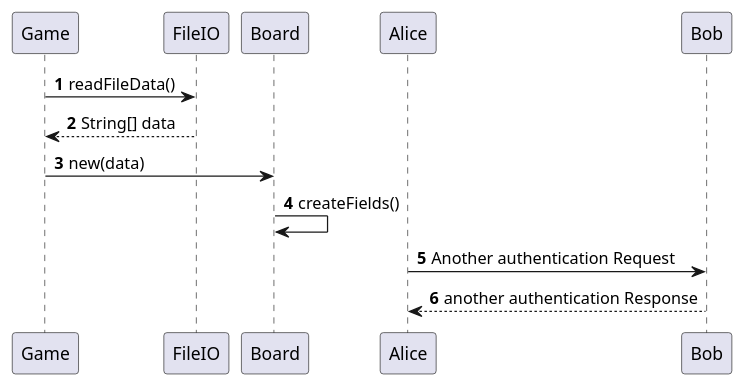
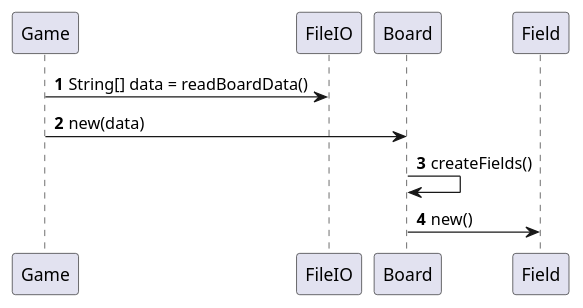
One commit to christoffertimm/OOP2-opgaver changed the diagram in Documentation/BuildBoard.puml. Above: the diagram before and after it, drawn with PlantUML. The commit also changed 18 other files, not shown here.

```diff
--- a/Documentation/BuildBoard.puml
+++ b/Documentation/BuildBoard.puml
@@ -1,13 +1,12 @@
 @startuml
 'https://plantuml.com/sequence-diagram
 
 autonumber
 
-Game -> FileIO: readFileData()
-FileIO --> Game: String[] data
+Game -> FileIO: String[] data = readBoardData()
+
 Game -> Board : new(data)
 Board -> Board : createFields()
+Board -> Field : new()
 
-Alice -> Bob: Another authentication Request
-Alice <-- Bob: another authentication Response
 @enduml
```
